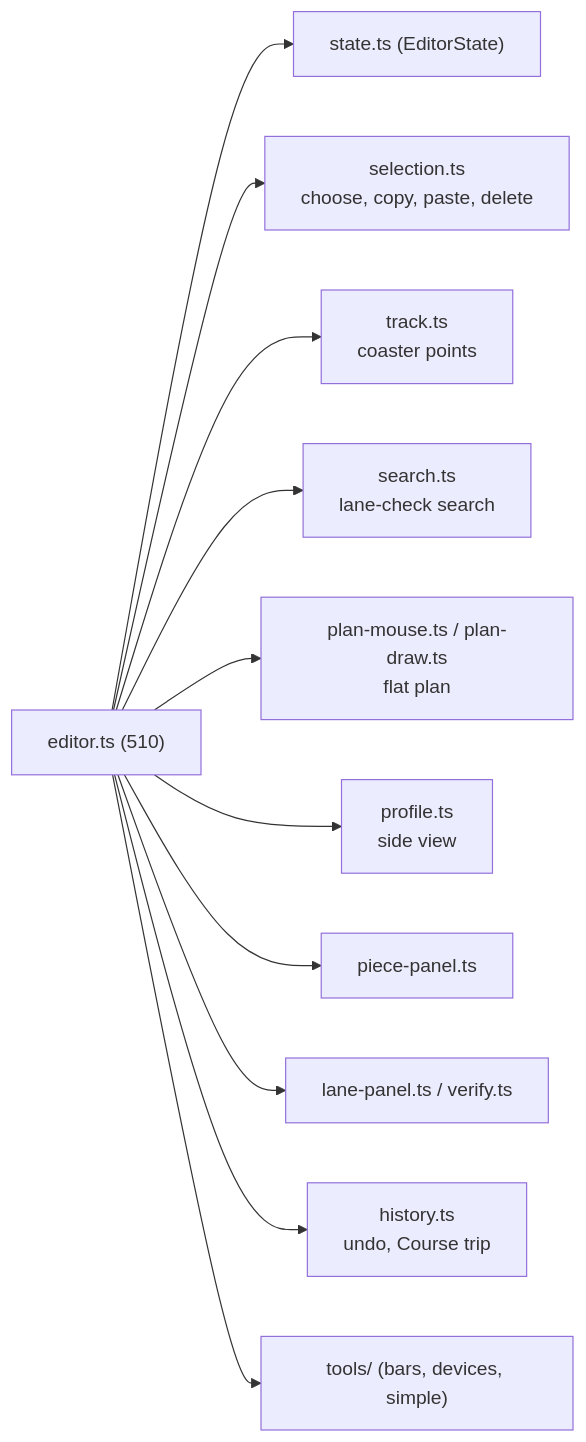
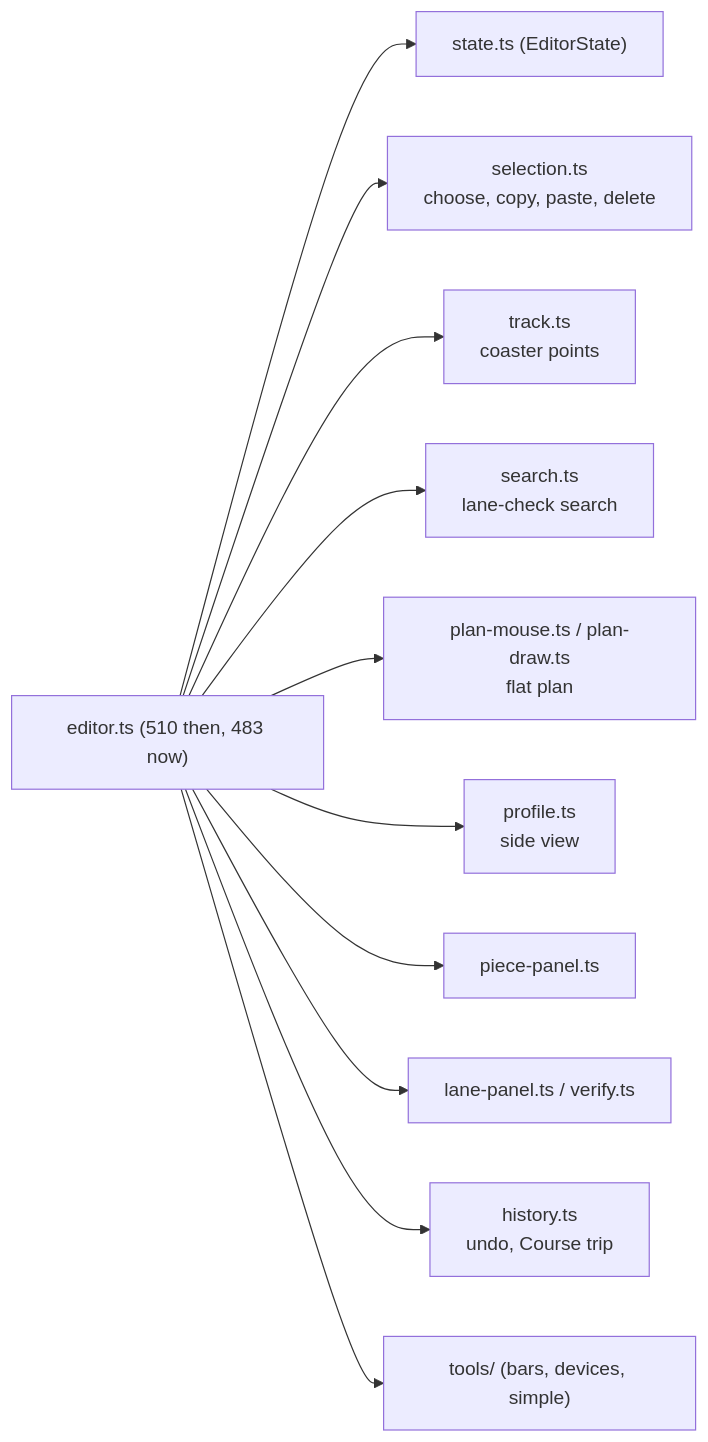
Before and after one commit to gitgithan/conquercourse: the sixth of 6 diagrams in docs/refactoring-story.md, drawn with Mermaid. The commit also changed other lines of this file and 7 other files, not shown here.

Commit message:
Diagrams B: architecture without live Commons, editor flow with Ask AI / Make it easier, Q/T arm 0.8 m, bars now in the search, stale Find a repair texts - Part of CC-133

````diff
--- a/docs/refactoring-story.md
+++ b/docs/refactoring-story.md
@@ -198,13 +198,13 @@
 ```mermaid
 flowchart LR
-  E["editor.ts (510)"] --> ST["state.ts (EditorState)"]
+  E["editor.ts (510 then, 483 now)"] --> ST["state.ts (EditorState)"]
   E --> SEL["selection.ts<br/>choose, copy, paste, delete"]
   E --> TR["track.ts<br/>coaster points"]
   E --> SE["search.ts<br/>lane-check search"]
   E --> PM["plan-mouse.ts / plan-draw.ts<br/>flat plan"]
   E --> PF["profile.ts<br/>side view"]
   E --> PP["piece-panel.ts"]
   E --> LP["lane-panel.ts / verify.ts"]
   E --> HI["history.ts<br/>undo, Course trip"]
   E --> TL["tools/ (bars, devices, simple)"]
 ```
````
